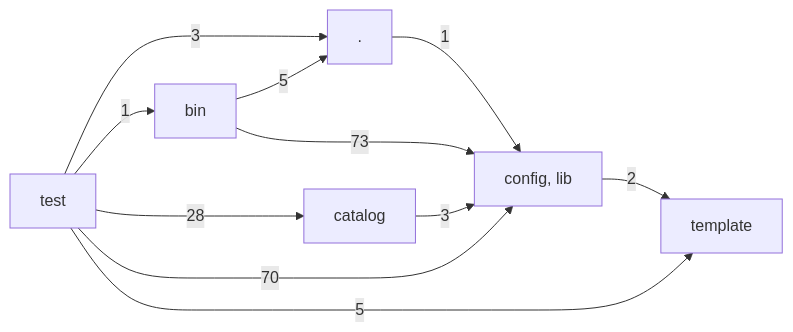
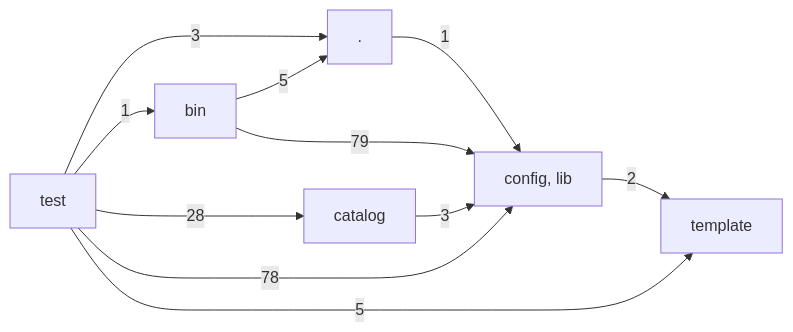
One commit to hackersandwizards/scaffolding changed the diagram in docs/architecture/layers.md. Above: the diagram before and after it, drawn with Mermaid. The commit also changed 13 other files, not shown here.

````diff
--- a/docs/architecture/layers.md
+++ b/docs/architecture/layers.md
@@ -3,19 +3,19 @@
 ```mermaid
 graph LR
   L0["."]
   L1["bin"]
   L2["catalog"]
   L3["config, lib"]
   L4["template"]
   L5["test"]
   L0 -->|1| L3
   L1 -->|5| L0
-  L1 -->|73| L3
+  L1 -->|79| L3
   L2 -->|3| L3
   L3 -->|2| L4
   L5 -->|3| L0
   L5 -->|1| L1
   L5 -->|28| L2
-  L5 -->|70| L3
+  L5 -->|78| L3
   L5 -->|5| L4
 ```
````
